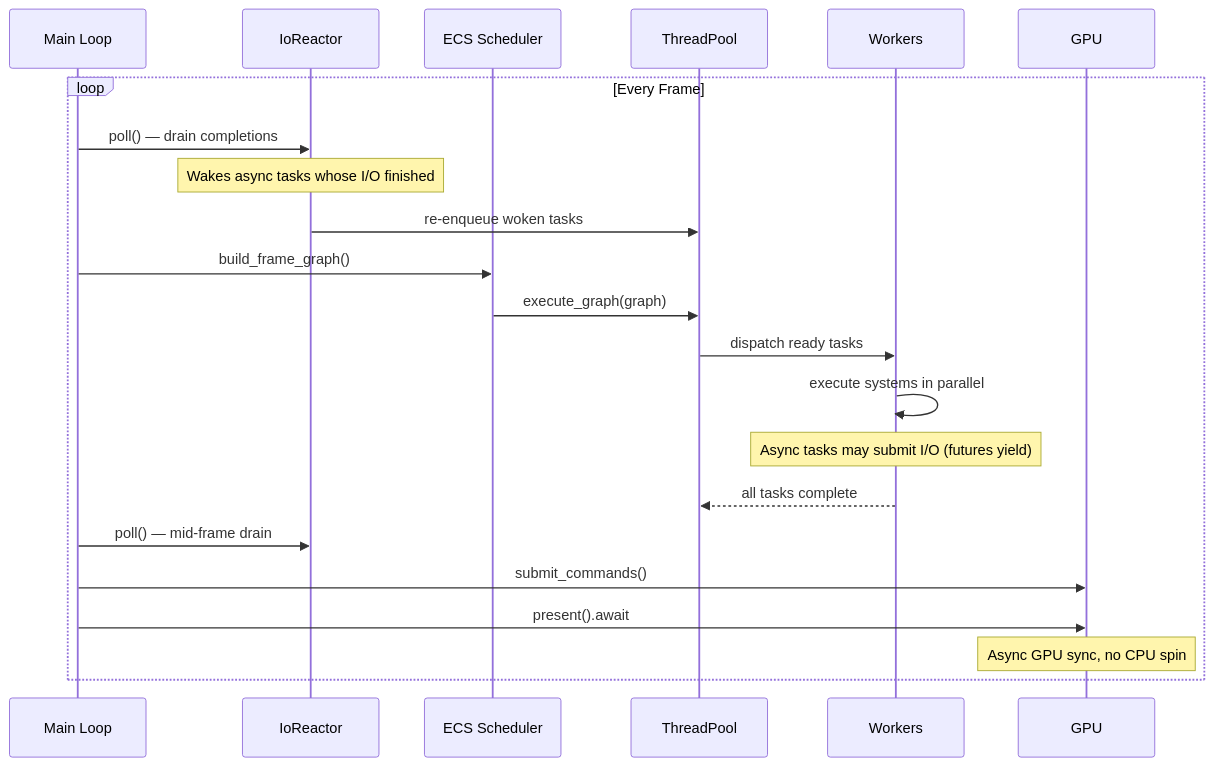
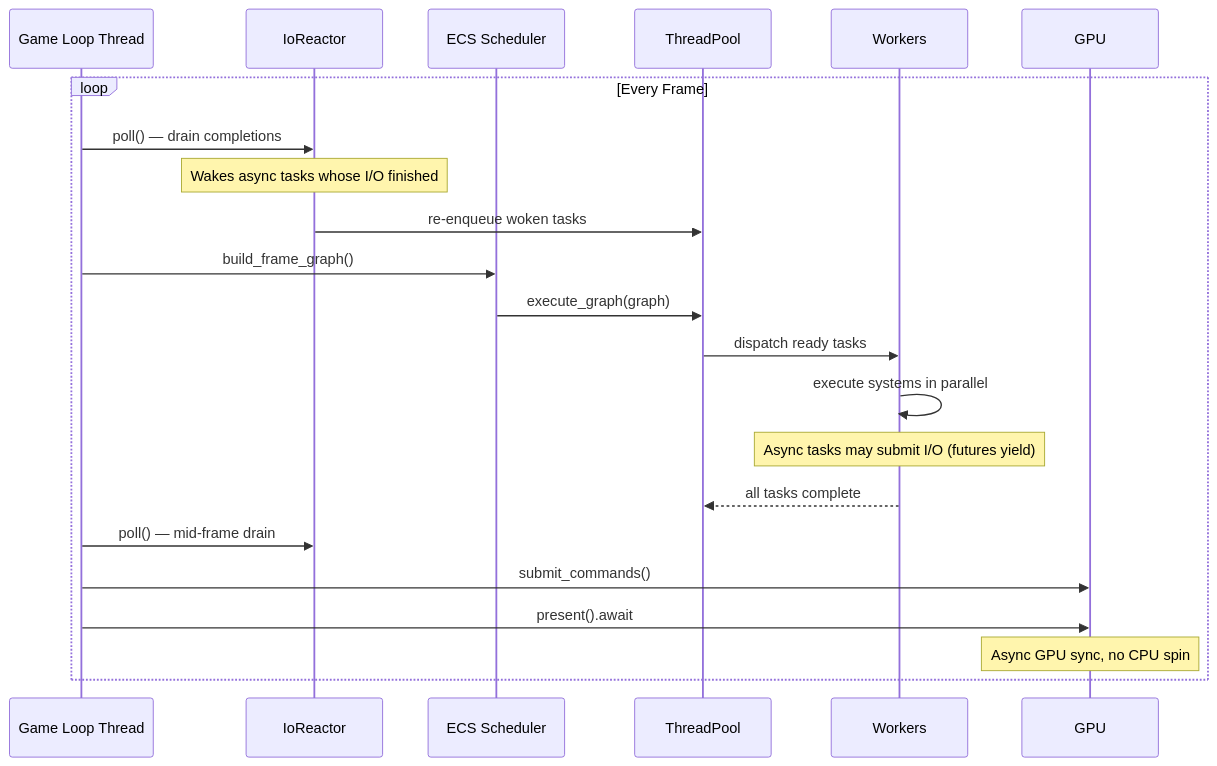
One commit to harmonius-dev/harmonius changed the second of 6 diagrams in docs/design/platform/threading.md. Above: the diagram before and after it, drawn with Mermaid. The commit also changed other lines of this file and 22 other files, not shown here.

First line of the commit message:
Use dedicated game loop thread on all platforms

````diff
--- a/docs/design/platform/threading.md
+++ b/docs/design/platform/threading.md
@@ -141,27 +149,27 @@
 ```mermaid
 sequenceDiagram
-    participant ML as Main Loop
+    participant ML as Game Loop Thread
     participant RE as IoReactor
     participant ECS as ECS Scheduler
     participant TP as ThreadPool
     participant W as Workers
     participant GPU as GPU
 
     loop Every Frame
         ML->>RE: poll() — drain completions
         Note over RE: Wakes async tasks whose I/O finished
         RE->>TP: re-enqueue woken tasks
 
         ML->>ECS: build_frame_graph()
         ECS->>TP: execute_graph(graph)
         TP->>W: dispatch ready tasks
         W->>W: execute systems in parallel
         Note over W: Async tasks may submit I/O (futures yield)
         W-->>TP: all tasks complete
 
         ML->>RE: poll() — mid-frame drain
         ML->>GPU: submit_commands()
         ML->>GPU: present().await
         Note over GPU: Async GPU sync, no CPU spin
     end
 ```
````
